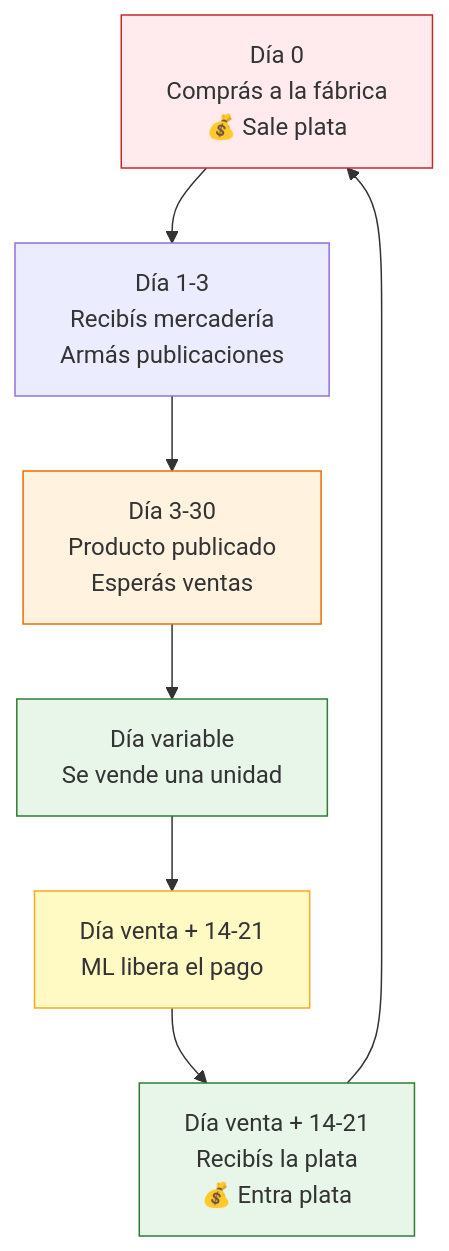
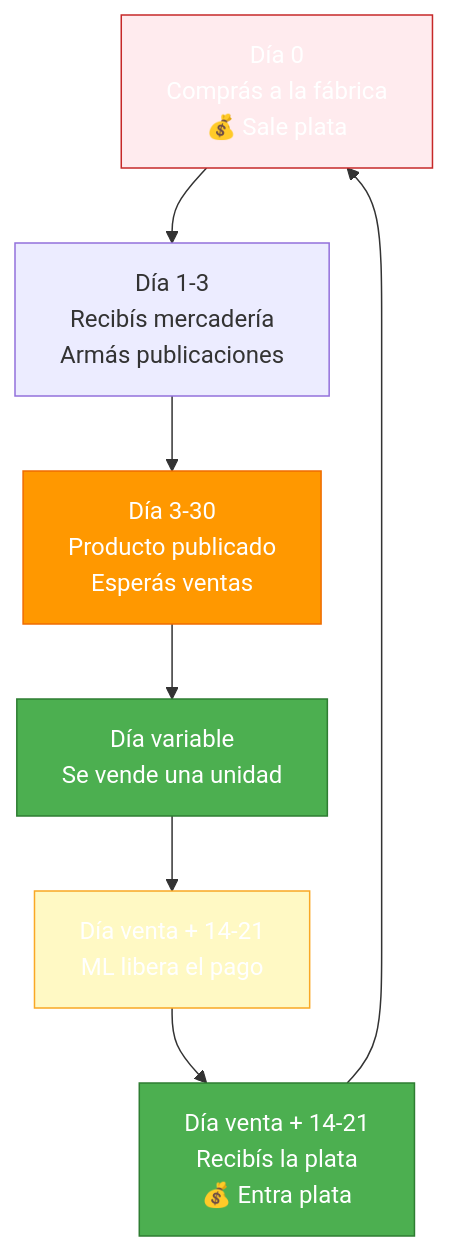
One commit to barrosignacioezequiel-coder/docs changed the diagram in app/paso1-argentina/crecer-gestionar/flujo-caja.mdx. Above: the diagram before and after it, drawn with Mermaid. The commit also changed 66 other files, not shown here.

First line of the commit message:
fix: resolve Mermaid v11 numbered list errors + improve contrast

````diff
--- a/app/paso1-argentina/crecer-gestionar/flujo-caja.mdx
+++ b/app/paso1-argentina/crecer-gestionar/flujo-caja.mdx
@@ -28,15 +28,15 @@
 ```mermaid
 graph TD
     A["Día 0<br/>Comprás a la fábrica<br/>💰 Sale plata"] --> B["Día 1-3<br/>Recibís mercadería<br/>Armás publicaciones"]
     B --> C["Día 3-30<br/>Producto publicado<br/>Esperás ventas"]
     C --> D["Día variable<br/>Se vende una unidad"]
     D --> E["Día venta + 14-21<br/>ML libera el pago"]
     E --> F["Día venta + 14-21<br/>Recibís la plata<br/>💰 Entra plata"]
     F --> A
 
-    style A fill:#ffebee,stroke:#c62828
-    style C fill:#fff3e0,stroke:#ef6c00
-    style D fill:#e8f5e9,stroke:#2e7d32
-    style E fill:#fff9c4,stroke:#f9a825
-    style F fill:#e8f5e9,stroke:#2e7d32
+    style A fill:#ffebee,stroke:#c62828,color:#fff
+    style C fill:#ff9800,stroke:#ef6c00,color:#fff
+    style D fill:#4caf50,stroke:#2e7d32,color:#fff
+    style E fill:#fff9c4,stroke:#f9a825,color:#fff
+    style F fill:#4caf50,stroke:#2e7d32,color:#fff
 ```
````
